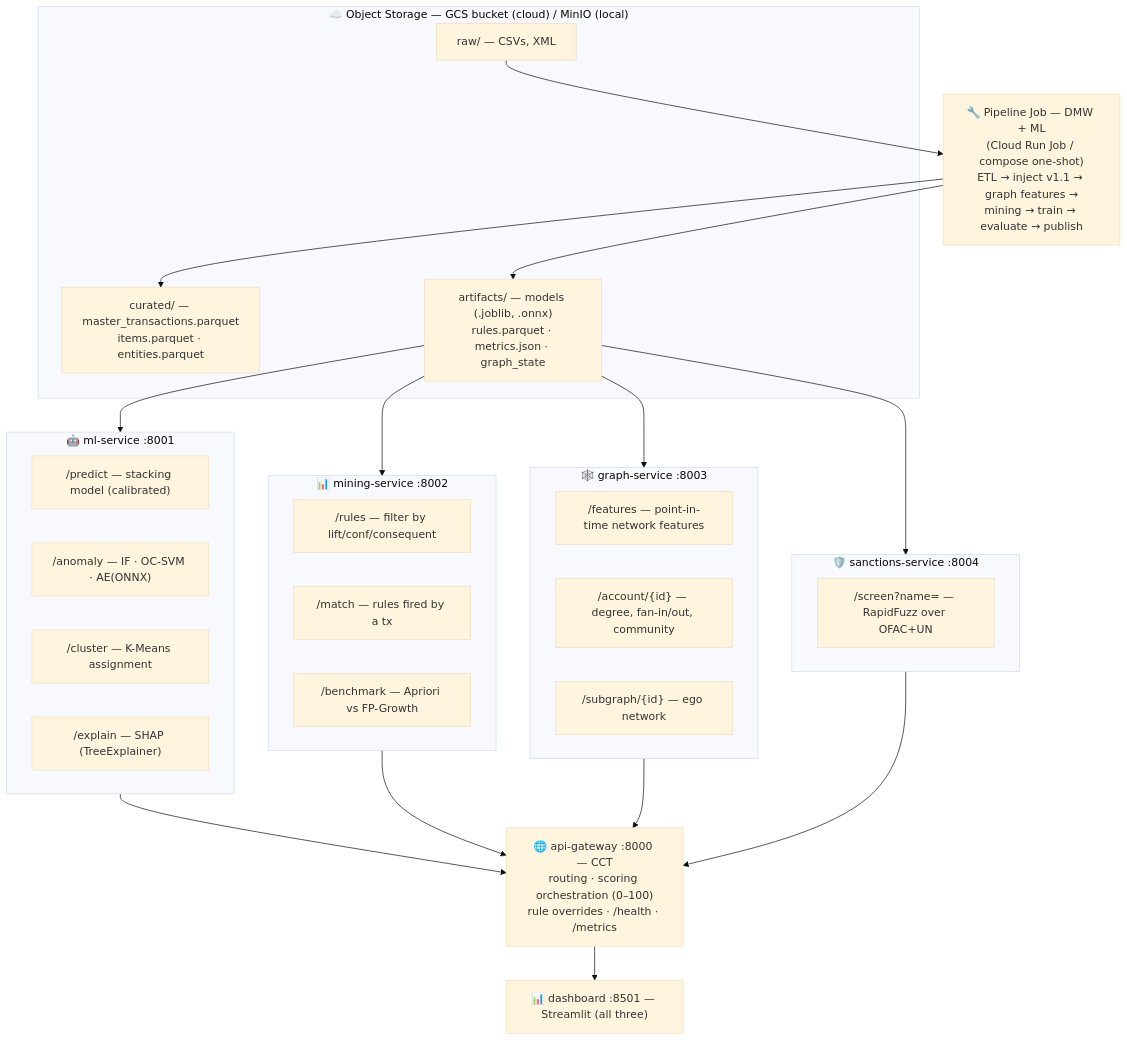
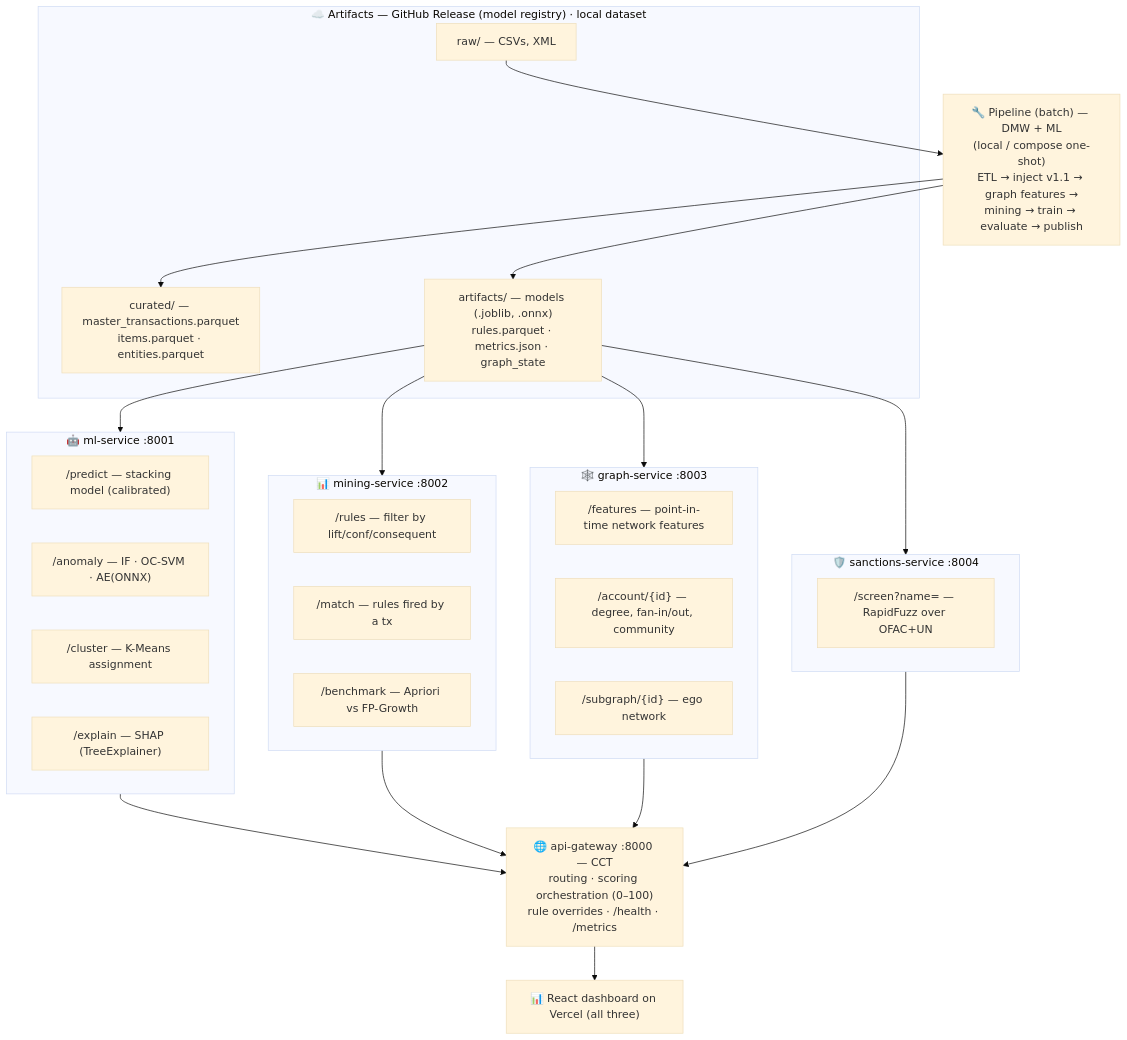
The second of 5 diagrams in FinSight_AI_Project_Plan.md (bharathakn/FinSight-AI), drawn with Mermaid (base theme) before and after one commit. The commit also changed other lines of this file and 75 other files, not shown here.

````diff
--- a/FinSight_AI_Project_Plan.md
+++ b/FinSight_AI_Project_Plan.md
@@ -129,37 +130,37 @@
 ```mermaid
 flowchart TD
-    subgraph Storage["☁️ Object Storage — GCS bucket (cloud) / MinIO (local)"]
+    subgraph Storage["☁️ Artifacts — GitHub Release (model registry) · local dataset"]
         R["raw/ — CSVs, XML"]
         C["curated/ — master_transactions.parquet\nitems.parquet · entities.parquet"]
         A["artifacts/ — models (.joblib, .onnx)\nrules.parquet · metrics.json · graph_state"]
     end
 
-    Job["🔧 Pipeline Job — DMW + ML\n(Cloud Run Job / compose one-shot)\nETL → inject v1.1 → graph features →\nmining → train → evaluate → publish"]
+    Job["🔧 Pipeline (batch) — DMW + ML\n(local / compose one-shot)\nETL → inject v1.1 → graph features →\nmining → train → evaluate → publish"]
     R --> Job --> C & A
 
     A --> MLS & MIN & GR & SAN
 
     subgraph MLS["🤖 ml-service :8001"]
         M1["/predict — stacking model (calibrated)"]
         M2["/anomaly — IF · OC-SVM · AE(ONNX)"]
         M3["/cluster — K-Means assignment"]
         M4["/explain — SHAP (TreeExplainer)"]
     end
     subgraph MIN["📊 mining-service :8002"]
         N1["/rules — filter by lift/conf/consequent"]
         N2["/match — rules fired by a tx"]
         N3["/benchmark — Apriori vs FP-Growth"]
     end
     subgraph GR["🕸️ graph-service :8003"]
         G1["/features — point-in-time network features"]
         G2["/account/{id} — degree, fan-in/out, community"]
         G3["/subgraph/{id} — ego network"]
     end
     subgraph SAN["🛡️ sanctions-service :8004"]
         S1["/screen?name= — RapidFuzz over OFAC+UN"]
     end
 
     GW["🌐 api-gateway :8000 — CCT\nrouting · scoring orchestration (0–100)\nrule overrides · /health · /metrics"]
     MLS & MIN & GR & SAN --> GW
-    GW --> UI["📊 dashboard :8501 — Streamlit (all three)"]
+    GW --> UI["📊 React dashboard on Vercel (all three)"]
 ```
````
